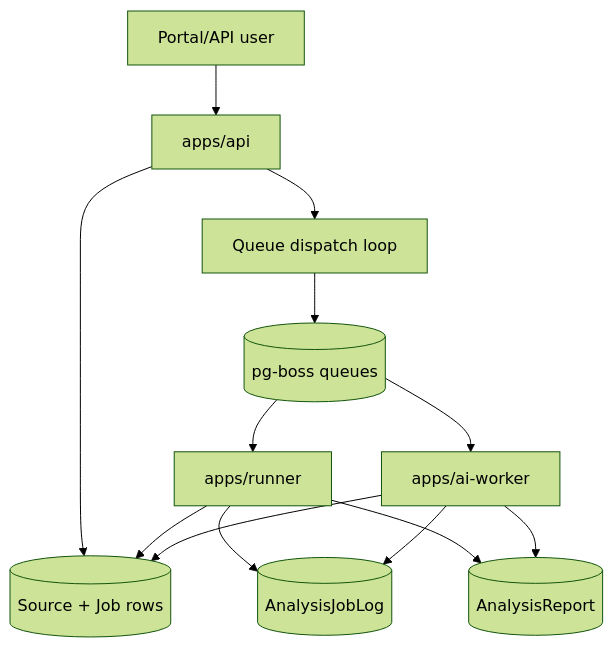
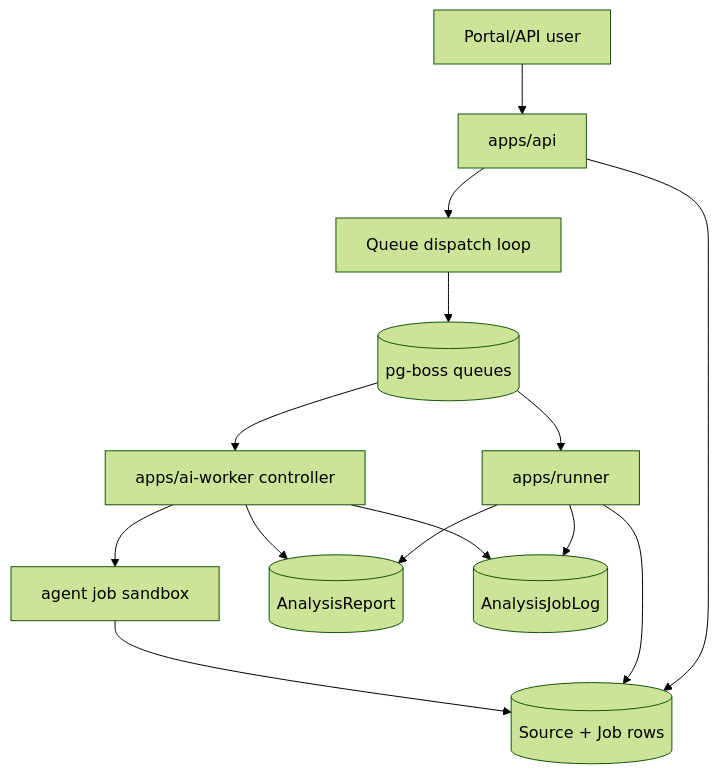
One commit to tinamk/SpecLens-Public changed the first of 2 diagrams in docs/architecture/job-execution.md. Above: the diagram before and after it, drawn with Mermaid (forest theme). The commit also changed other lines of this file and 51 other files, not shown here.

````diff
--- a/docs/architecture/job-execution.md
+++ b/docs/architecture/job-execution.md
@@ -7,25 +7,27 @@
 ```mermaid
 flowchart TD
   User[Portal/API user]
   Api[apps/api]
   Repo[(Source + Job rows)]
   Dispatch[Queue dispatch loop]
   PgBoss[(pg-boss queues)]
   Runner[apps/runner]
-  AiWorker[apps/ai-worker]
+  AiWorker[apps/ai-worker controller]
+  AgentSandbox[agent job sandbox]
   Report[(AnalysisReport)]
   Logs[(AnalysisJobLog)]
 
   User --> Api
   Api --> Repo
   Api --> Dispatch
   Dispatch --> PgBoss
   PgBoss --> Runner
   PgBoss --> AiWorker
+  AiWorker --> AgentSandbox
   Runner --> Repo
-  AiWorker --> Repo
+  AgentSandbox --> Repo
   Runner --> Logs
   AiWorker --> Logs
   Runner --> Report
   AiWorker --> Report
 ```
````
